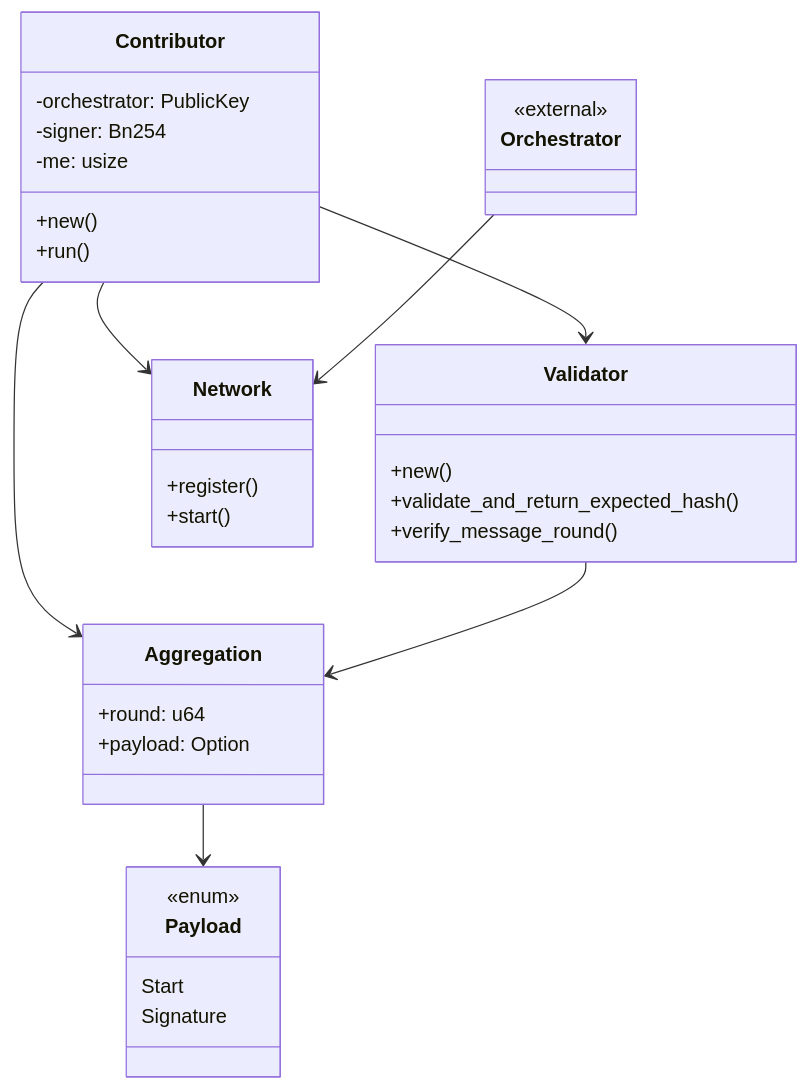
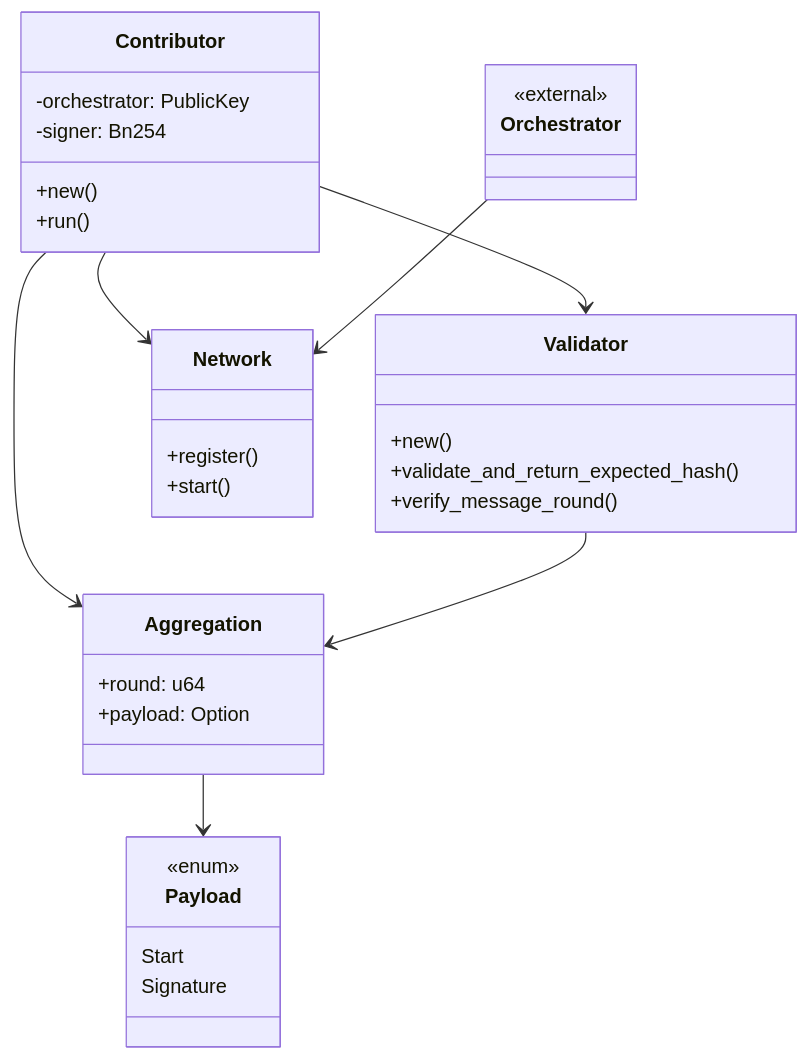
One commit to BreadchainCoop/commonware-avs-router changed the first of 2 diagrams in README.md. Above: the diagram before and after it, drawn with Mermaid.

````diff
--- a/README.md
+++ b/README.md
@@ -39,37 +39,36 @@
 ```mermaid
 classDiagram
     class Contributor {
         +new()
         +run()
         -orchestrator: PublicKey
         -signer: Bn254
-        -me: usize
     }
     class Orchestrator {
         <<external>>
     }
     class Validator {
         +new()
         +validate_and_return_expected_hash()
         +verify_message_round()
     }
     class Network {
         +register()
         +start()
     }
     class Aggregation {
         +round: u64
         +payload: Option<Payload>
     }
     class Payload {
         <<enum>>
         Start
         Signature
     }
     Contributor --> Validator
     Contributor --> Network
     Contributor --> Aggregation
     Aggregation --> Payload
     Orchestrator --> Network
     Validator --> Aggregation
 ```
````
